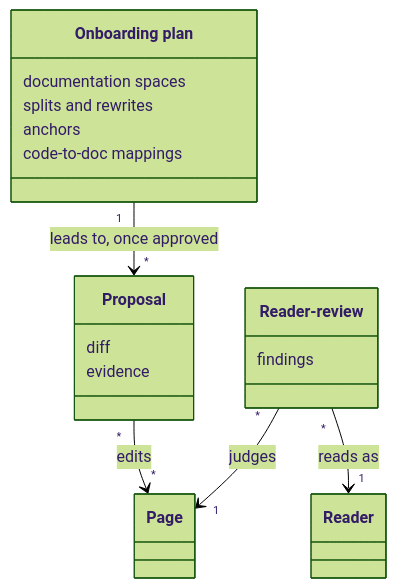
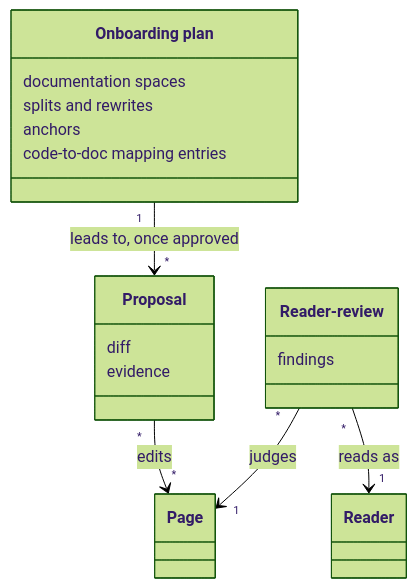
Before and after one commit to aleskalfas/project-kit: the first of 2 diagrams in tech-docs/analysis/living-docs/domain-model/020-proposals-and-reviews.md, drawn with Mermaid (forest theme). The commit also changed other lines of this file and 5 other files, not shown here.

````diff
--- a/tech-docs/analysis/living-docs/domain-model/020-proposals-and-reviews.md
+++ b/tech-docs/analysis/living-docs/domain-model/020-proposals-and-reviews.md
@@ -26,21 +26,21 @@
 ```mermaid
 classDiagram
   accTitle: Proposals and reviews
   accDescr: A proposal edits any number of pages, with its diff and its evidence. A reader-review judges one page as one reader, with its findings. An approved onboarding plan leads to the proposals it names.
   class Proposal
   Proposal : diff
   Proposal : evidence
   class ReaderReview["Reader-review"]
   ReaderReview : findings
   class OnboardingPlan["Onboarding plan"]
   OnboardingPlan : documentation spaces
   OnboardingPlan : splits and rewrites
   OnboardingPlan : anchors
-  OnboardingPlan : code-to-doc mappings
+  OnboardingPlan : code-to-doc mapping entries
   class Page
   class Reader
   Proposal "*" --> "*" Page : edits
   ReaderReview "*" --> "1" Page : judges
   ReaderReview "*" --> "1" Reader : reads as
   OnboardingPlan "1" --> "*" Proposal : leads to, once approved
 ```
````
